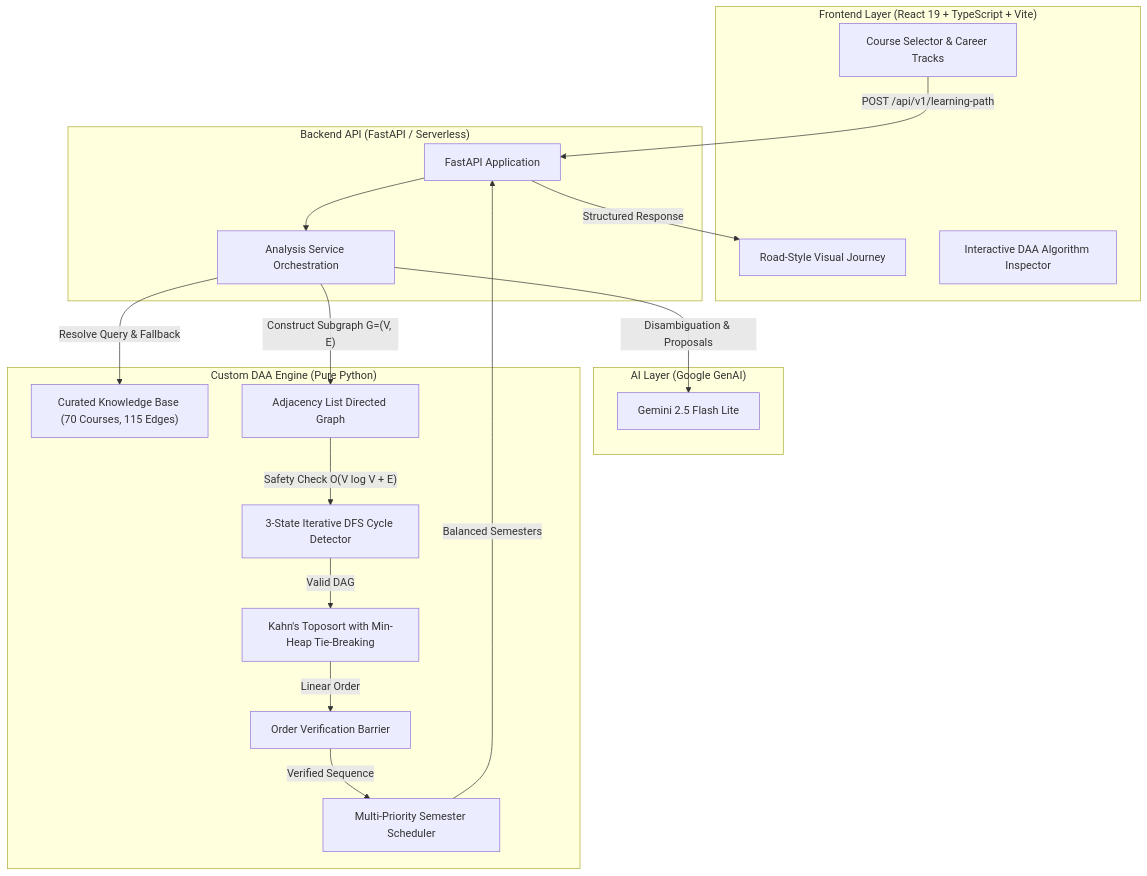
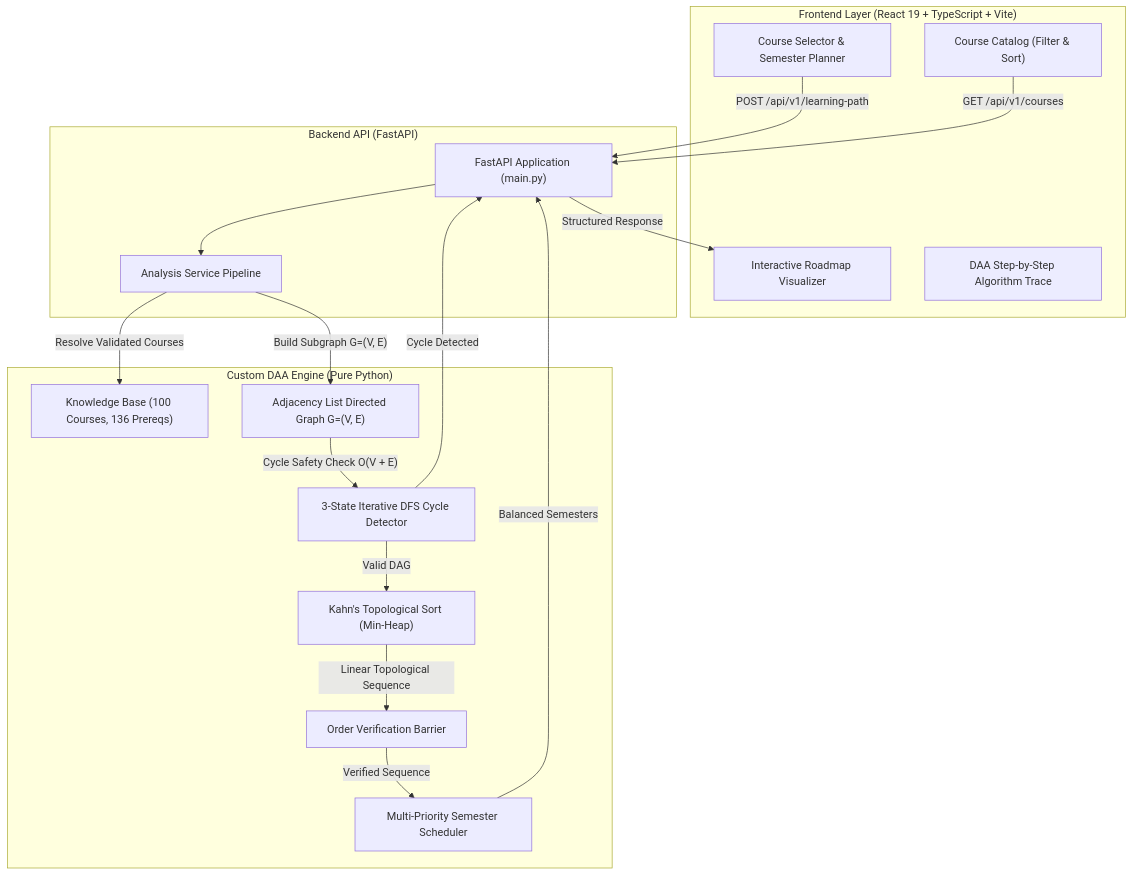
Before and after one commit to chiragchauhan07/Pathwise_DAA_Project: the diagram in README.md, drawn with Mermaid. The commit also changed other lines of this file and 12 other files, not shown here.

Commit message:
feat(curriculum): expand catalog to 100 courses, add filter and sort UI, fix LaTeX formatting, and update docs

````diff
--- a/README.md
+++ b/README.md
@@ -66,38 +72,36 @@
 ```mermaid
 flowchart TD
     subgraph Client["Frontend Layer (React 19 + TypeScript + Vite)"]
-        UI["Course Selector & Career Tracks"]
-        RoadmapView["Road-Style Visual Journey"]
-        DAAView["Interactive DAA Algorithm Inspector"]
+        UI["Course Selector & Semester Planner"]
+        RoadmapView["Interactive Roadmap Visualizer"]
+        DAAView["DAA Step-by-Step Algorithm Trace"]
+        CatalogView["Course Catalog (Filter & Sort)"]
     end
 
-    subgraph API["Backend API (FastAPI / Serverless)"]
-        Router["FastAPI Application"]
-        Analysis["Analysis Service Orchestration"]
-    end
-
-    subgraph AI["AI Layer (Google GenAI)"]
-        GeminiClient["Gemini 2.5 Flash Lite"]
+    subgraph API["Backend API (FastAPI)"]
+        Router["FastAPI Application (main.py)"]
+        Analysis["Analysis Service Pipeline"]
     end
 
     subgraph DAA["Custom DAA Engine (Pure Python)"]
-        KB["Curated Knowledge Base (70 Courses, 115 Edges)"]
-        Graph["Adjacency List Directed Graph"]
+        KB["Knowledge Base (100 Courses, 136 Prereqs)"]
+        Graph["Adjacency List Directed Graph G=(V, E)"]
         Cycle["3-State Iterative DFS Cycle Detector"]
-        Kahn["Kahn's Toposort with Min-Heap Tie-Breaking"]
+        Kahn["Kahn's Topological Sort (Min-Heap)"]
         Verifier["Order Verification Barrier"]
         Scheduler["Multi-Priority Semester Scheduler"]
     end
 
     UI -->|"POST /api/v1/learning-path"| Router
+    CatalogView -->|"GET /api/v1/courses"| Router
     Router --> Analysis
-    Analysis -->|"Resolve Query & Fallback"| KB
-    Analysis -->|"Disambiguation & Proposals"| GeminiClient
-    Analysis -->|"Construct Subgraph G=(V, E)"| Graph
-    Graph -->|"Safety Check O(V log V + E)"| Cycle
+    Analysis -->|"Resolve Validated Courses"| KB
+    Analysis -->|"Build Subgraph G=(V, E)"| Graph
+    Graph -->|"Cycle Safety Check O(V + E)"| Cycle
     Cycle -->|"Valid DAG"| Kahn
-    Kahn -->|"Linear Order"| Verifier
+    Cycle -->|"Cycle Detected"| Router
+    Kahn -->|"Linear Topological Sequence"| Verifier
     Verifier -->|"Verified Sequence"| Scheduler
     Scheduler -->|"Balanced Semesters"| Router
     Router -->|"Structured Response"| RoadmapView
 ```
````
